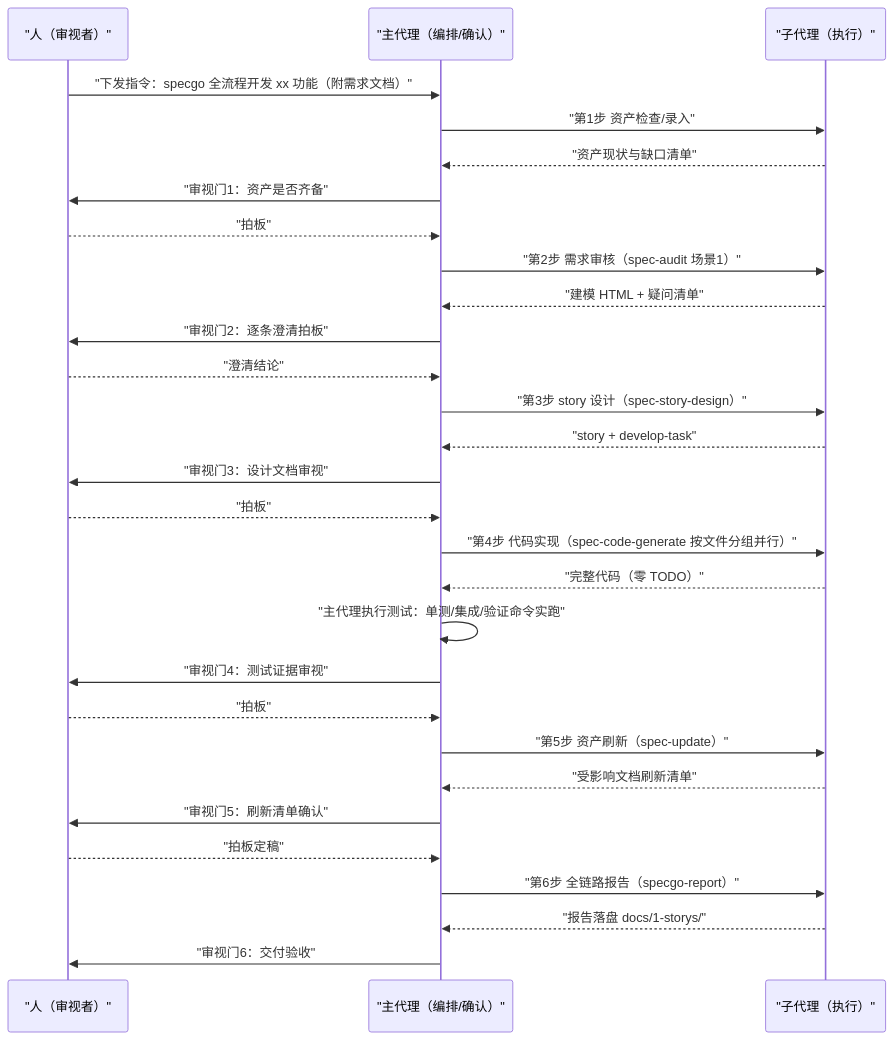
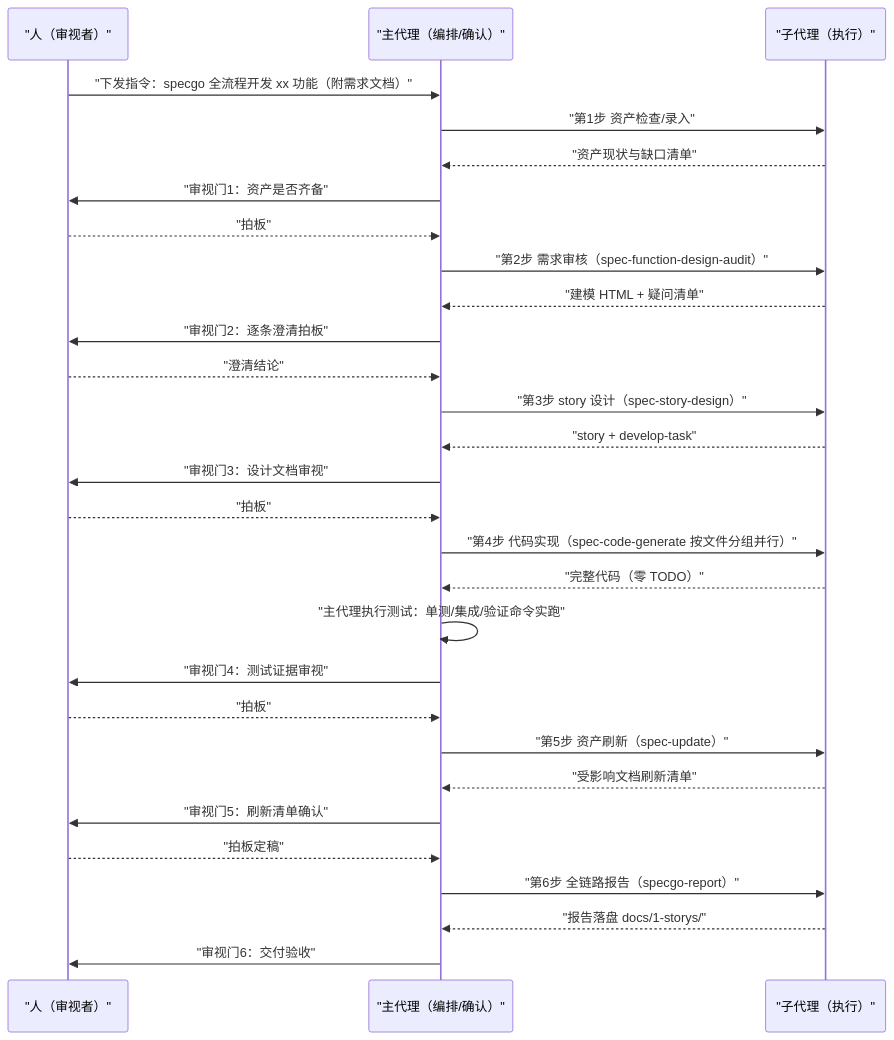
The fourth of 4 diagrams in README.md (CoreGeekASTL/specgo), drawn with Mermaid before and after one commit. The commit also changed other lines of this file and 23 other files, not shown here.

First line of the commit message:
feat: spec-audit 拆分为 spec-function-design-audit + spec-asset-audit，版本升 2.9.0

````diff
--- a/README.md
+++ b/README.md
@@ -155,31 +156,31 @@
 ```mermaid
 sequenceDiagram
     participant H as "人（审视者）"
     participant M as "主代理（编排/确认）"
     participant W as "子代理（执行）"
     H->>M: "下发指令：specgo 全流程开发 xx 功能（附需求文档）"
     M->>W: "第1步 资产检查/录入"
     W-->>M: "资产现状与缺口清单"
     M->>H: "审视门1：资产是否齐备"
     H-->>M: "拍板"
-    M->>W: "第2步 需求审核（spec-audit 场景1）"
+    M->>W: "第2步 需求审核（spec-function-design-audit）"
     W-->>M: "建模 HTML + 疑问清单"
     M->>H: "审视门2：逐条澄清拍板"
     H-->>M: "澄清结论"
     M->>W: "第3步 story 设计（spec-story-design）"
     W-->>M: "story + develop-task"
     M->>H: "审视门3：设计文档审视"
     H-->>M: "拍板"
     M->>W: "第4步 代码实现（spec-code-generate 按文件分组并行）"
     W-->>M: "完整代码（零 TODO）"
     M->>M: "主代理执行测试：单测/集成/验证命令实跑"
     M->>H: "审视门4：测试证据审视"
     H-->>M: "拍板"
     M->>W: "第5步 资产刷新（spec-update）"
     W-->>M: "受影响文档刷新清单"
     M->>H: "审视门5：刷新清单确认"
     H-->>M: "拍板定稿"
     M->>W: "第6步 全链路报告（specgo-report）"
     W-->>M: "报告落盘 docs/1-storys/"
     M->>H: "审视门6：交付验收"
 ```
````
